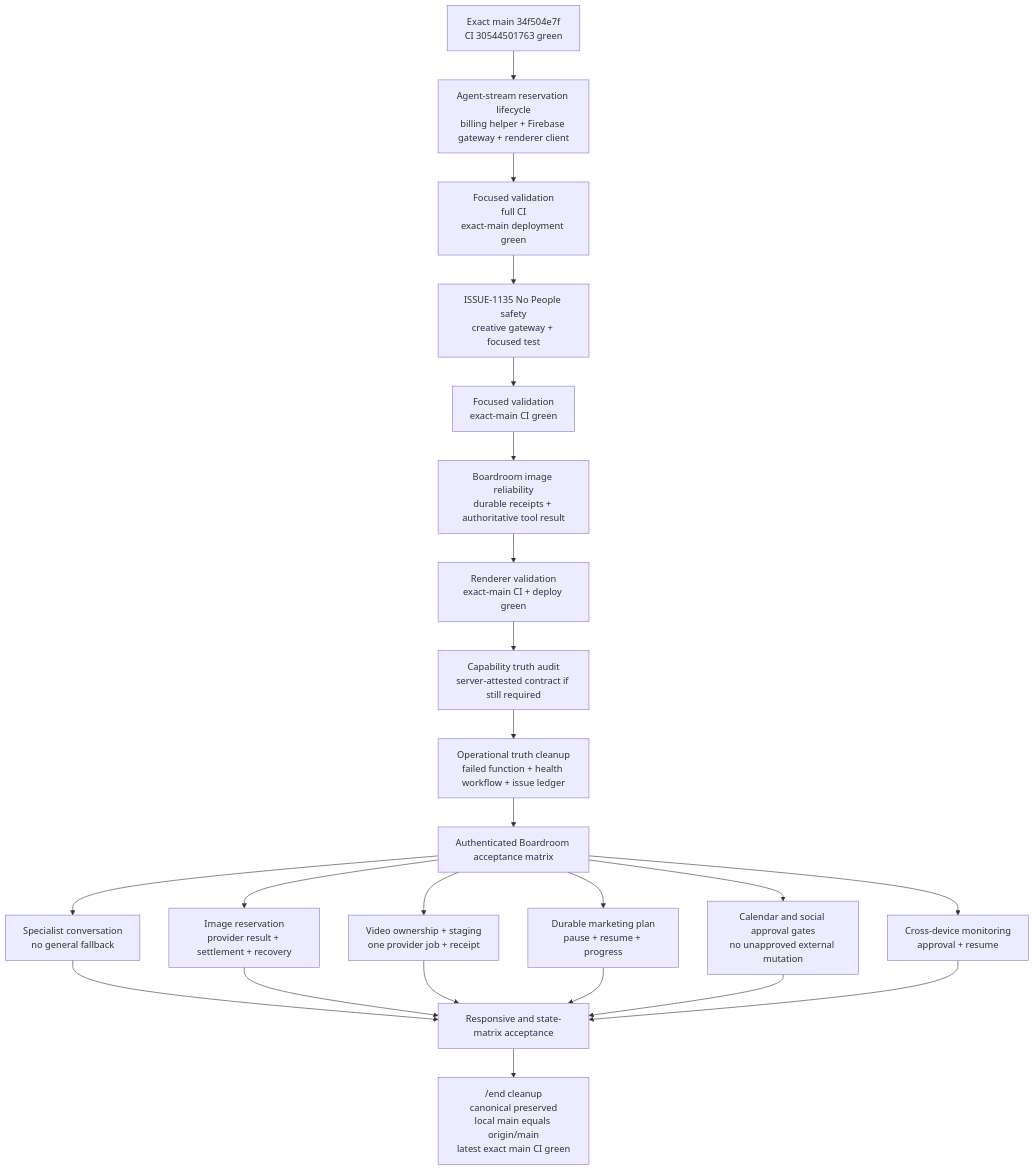
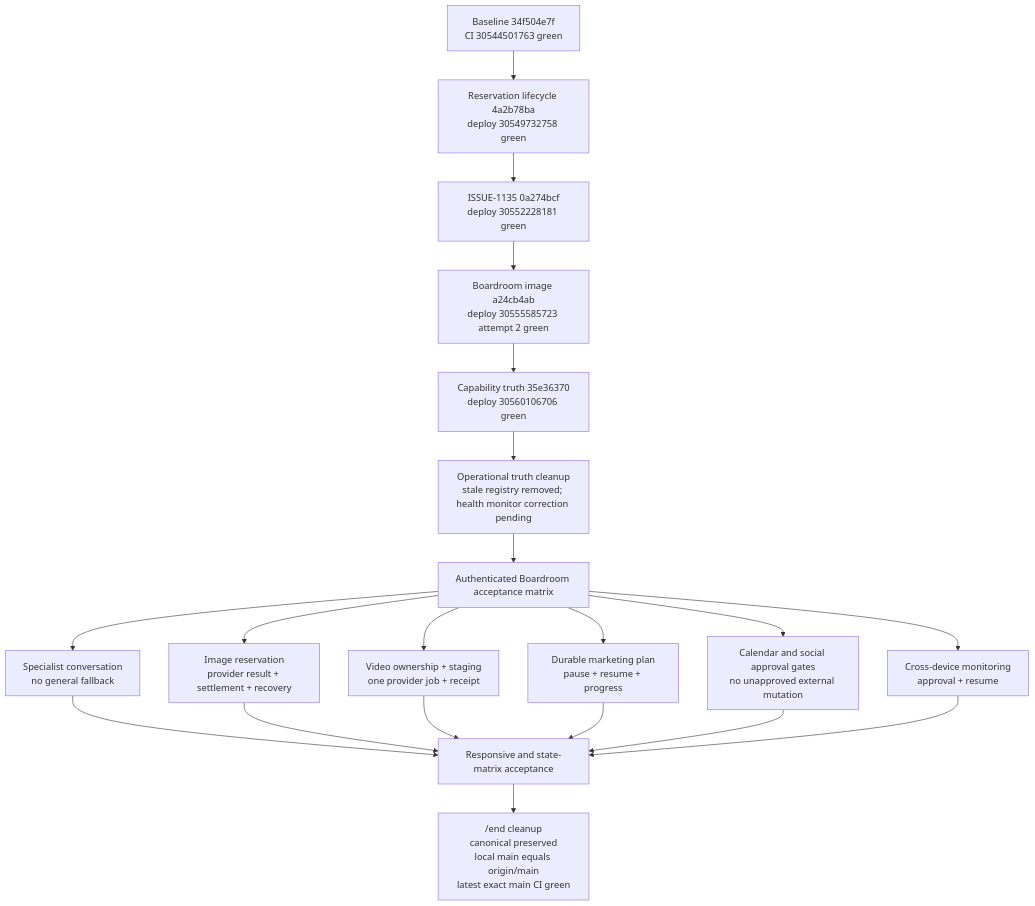
The diagram in docs/flowcharts/boardroom-release-completion-sequence.md (indii-music-founder/indii-music-founder), drawn with Mermaid before and after one commit. The commit also changed other lines of this file and 6 other files, not shown here.

Commit message:
fix(ops): make health monitor failures truthful

````diff
--- a/docs/flowcharts/boardroom-release-completion-sequence.md
+++ b/docs/flowcharts/boardroom-release-completion-sequence.md
@@ -7,25 +7,22 @@
 ```mermaid
 flowchart TD
-    BASE["Exact main 34f504e7f<br/>CI 30544501763 green"] --> RES["Agent-stream reservation lifecycle<br/>billing helper + Firebase gateway + renderer client"]
-    RES --> RESGATE["Focused validation<br/>full CI<br/>exact-main deployment green"]
-    RESGATE --> PEOPLE["ISSUE-1135 No People safety<br/>creative gateway + focused test"]
-    PEOPLE --> PEOPLE_GATE["Focused validation<br/>exact-main CI green"]
-    PEOPLE_GATE --> IMAGE["Boardroom image reliability<br/>durable receipts + authoritative tool result"]
-    IMAGE --> IMAGE_GATE["Renderer validation<br/>exact-main CI + deploy green"]
-    IMAGE_GATE --> CAP["Capability truth audit<br/>server-attested contract if still required"]
-    CAP --> OPS["Operational truth cleanup<br/>failed function + health workflow + issue ledger"]
+    BASE["Baseline 34f504e7f<br/>CI 30544501763 green"] --> RES["Reservation lifecycle 4a2b78ba<br/>deploy 30549732758 green"]
+    RES --> PEOPLE["ISSUE-1135 0a274bcf<br/>deploy 30552228181 green"]
+    PEOPLE --> IMAGE["Boardroom image a24cb4ab<br/>deploy 30555585723 attempt 2 green"]
+    IMAGE --> CAP["Capability truth 35e36370<br/>deploy 30560106706 green"]
+    CAP --> OPS["Operational truth cleanup<br/>stale registry removed; health monitor correction pending"]
     OPS --> ACCEPT["Authenticated Boardroom acceptance matrix"]
     ACCEPT --> CONVERSATION["Specialist conversation<br/>no general fallback"]
     ACCEPT --> IMAGE_E2E["Image reservation<br/>provider result + settlement + recovery"]
     ACCEPT --> VIDEO_E2E["Video ownership + staging<br/>one provider job + receipt"]
     ACCEPT --> PLAN_E2E["Durable marketing plan<br/>pause + resume + progress"]
     ACCEPT --> EXTERNAL["Calendar and social approval gates<br/>no unapproved external mutation"]
     ACCEPT --> MOBILE["Cross-device monitoring<br/>approval + resume"]
     CONVERSATION --> UI["Responsive and state-matrix acceptance"]
     IMAGE_E2E --> UI
     VIDEO_E2E --> UI
     PLAN_E2E --> UI
     EXTERNAL --> UI
     MOBILE --> UI
     UI --> END["/end cleanup<br/>canonical preserved<br/>local main equals origin/main<br/>latest exact main CI green"]
 ```
````
